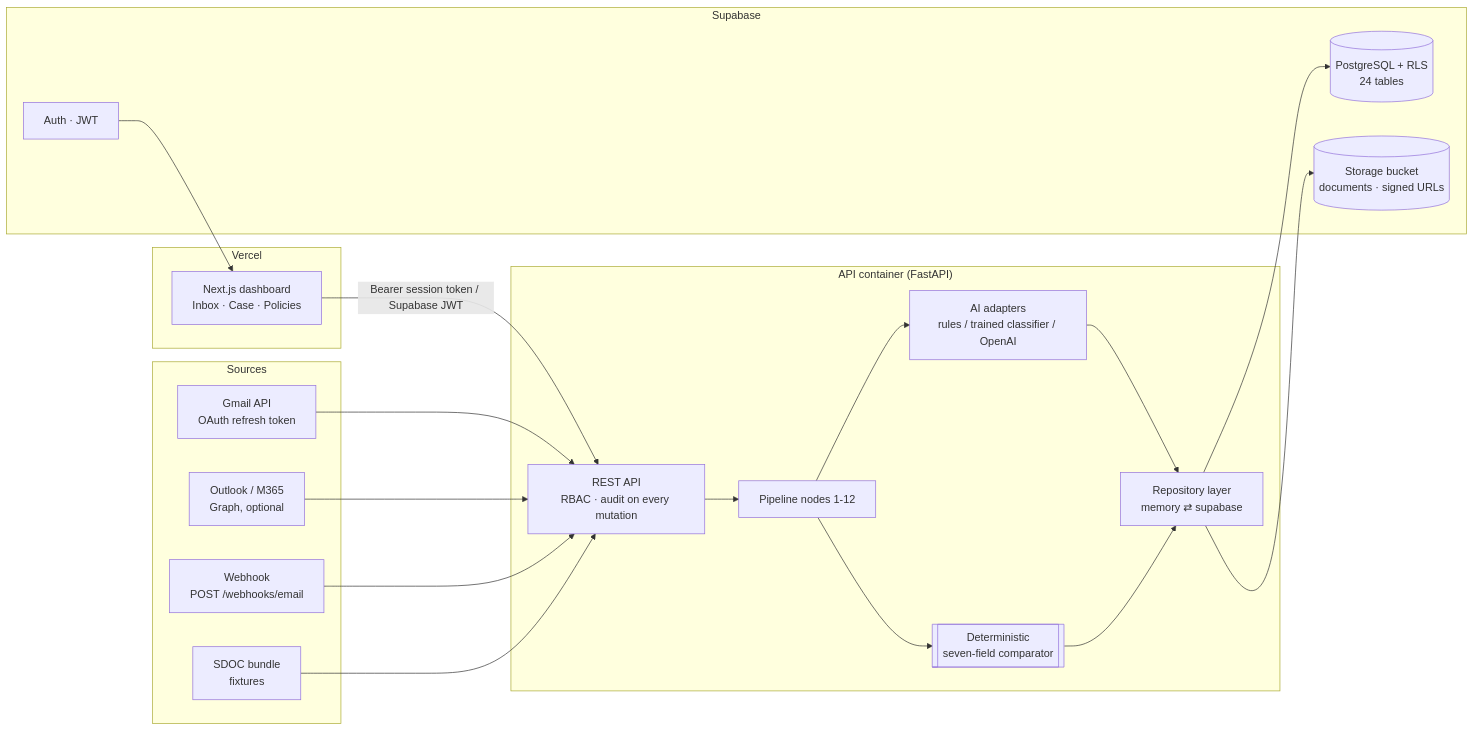
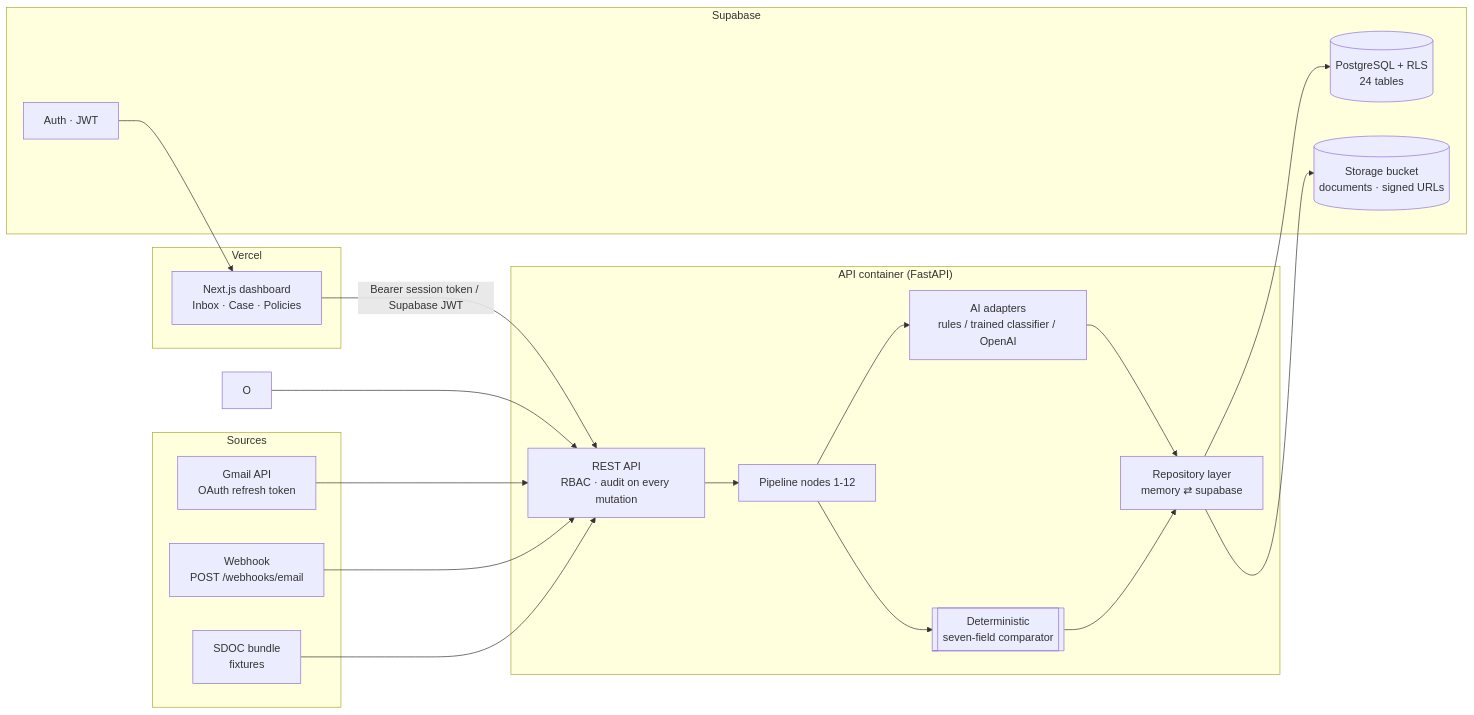
The second of 2 diagrams in README.md (Hermann-33/NovaShip_Averis), drawn with Mermaid before and after one commit. The commit also changed other lines of this file, not shown here.

Commit message:
docs: remove remaining Outlook compatibility references

````diff
--- a/README.md
+++ b/README.md
@@ -175,24 +175,24 @@
 ```mermaid
 flowchart LR
     subgraph Sources
-        G[Gmail API<br/>OAuth refresh token] ; O[Outlook / M365<br/>Graph, optional] ; W[Webhook<br/>POST /webhooks/email] ; BND[SDOC bundle<br/>fixtures]
+        G[Gmail API<br/>OAuth refresh token] ; W[Webhook<br/>POST /webhooks/email] ; BND[SDOC bundle<br/>fixtures]
     end
     subgraph Vercel
         FE[Next.js dashboard<br/>Inbox · Case · Policies]
     end
     subgraph "API container (FastAPI)"
         API[REST API<br/>RBAC · audit on every mutation]
         PIPE[Pipeline nodes 1-12]
         AI[AI adapters<br/>rules / trained classifier / OpenAI]
         CMP[[Deterministic<br/>seven-field comparator]]
         REPO[Repository layer<br/>memory ⇄ supabase]
     end
     subgraph Supabase
         PG[(PostgreSQL + RLS<br/>24 tables)]
         ST[(Storage bucket<br/>documents · signed URLs)]
         AU[Auth · JWT]
     end
     G & O & W & BND --> API --> PIPE --> AI & CMP --> REPO --> PG & ST
     FE -->|Bearer session token / Supabase JWT| API
     AU --> FE
 ```
````
